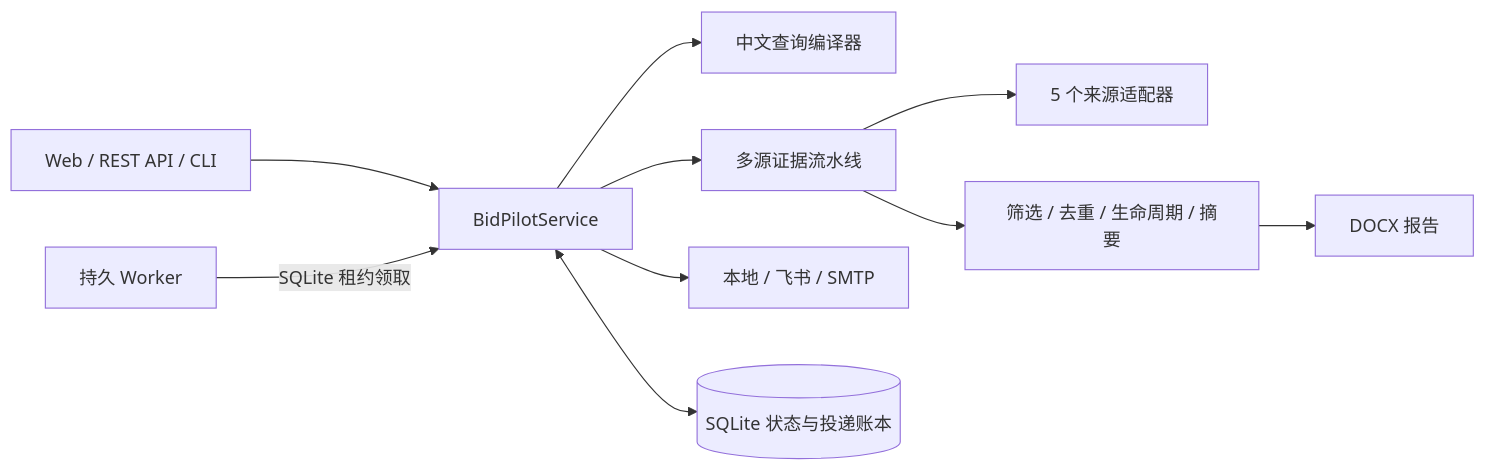
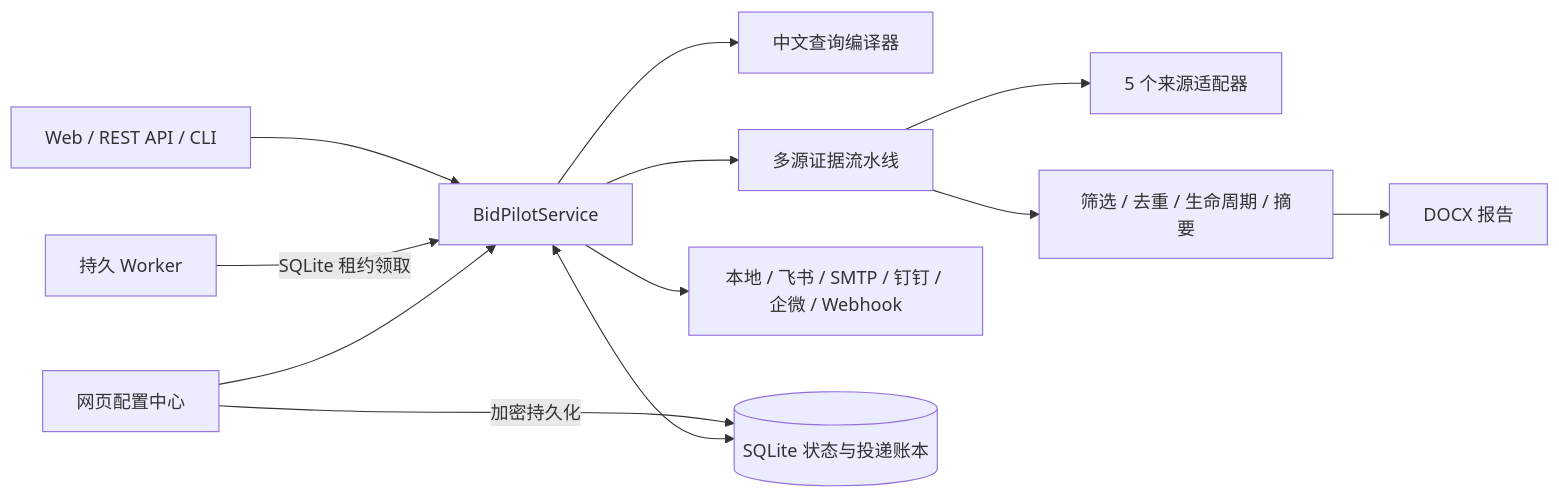
Before and after one commit to gitchw/bidpilot: the diagram in README.md, drawn with Mermaid. The commit also changed other lines of this file and 34 other files, not shown here.

````diff
--- a/README.md
+++ b/README.md
@@ -26,12 +27,14 @@
 ```mermaid
 flowchart LR
     U["Web / REST API / CLI"] --> S["BidPilotService"]
     W["持久 Worker"] -->|"SQLite 租约领取"| S
     S --> Q["中文查询编译器"]
     S --> P["多源证据流水线"]
     P --> A["5 个来源适配器"]
     P --> N["筛选 / 去重 / 生命周期 / 摘要"]
     N --> R["DOCX 报告"]
-    S --> D["本地 / 飞书 / SMTP"]
+    S --> D["本地 / 飞书 / SMTP / 钉钉 / 企微 / Webhook"]
+    C["网页配置中心"] -->|"加密持久化"| DB
+    C --> S
     S <--> DB[("SQLite 状态与投递账本")]
 ```
````
